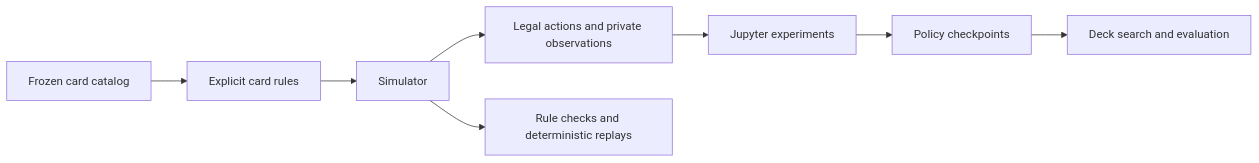
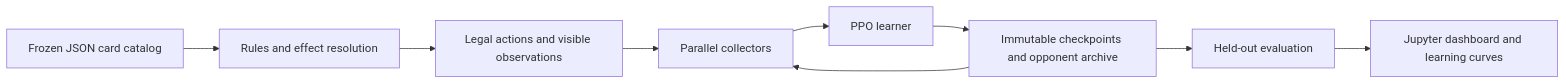
The diagram in README.md (mlanning-builds/hearthstone-learning-lab), drawn with Mermaid before and after one commit. The commit also changed other lines of this file and 118 other files, not shown here.

````diff
--- a/README.md
+++ b/README.md
@@ -17,10 +17,11 @@
 ```mermaid
 flowchart LR
-    C[Frozen card catalog] --> R[Explicit card rules]
-    R --> S[Simulator]
-    S --> A[Legal actions and private observations]
-    A --> J[Jupyter experiments]
-    J --> P[Policy checkpoints]
-    P --> D[Deck search and evaluation]
-    S --> V[Rule checks and deterministic replays]
+    Data[Frozen JSON card catalog] --> Engine[Rules and effect resolution]
+    Engine --> API[Legal actions and visible observations]
+    API --> Workers[Parallel collectors]
+    Workers --> PPO[PPO learner]
+    PPO --> Checkpoints[Immutable checkpoints and opponent archive]
+    Checkpoints --> Workers
+    Checkpoints --> Eval[Held-out evaluation]
+    Eval --> Dashboard[Jupyter dashboard and learning curves]
 ```
````
